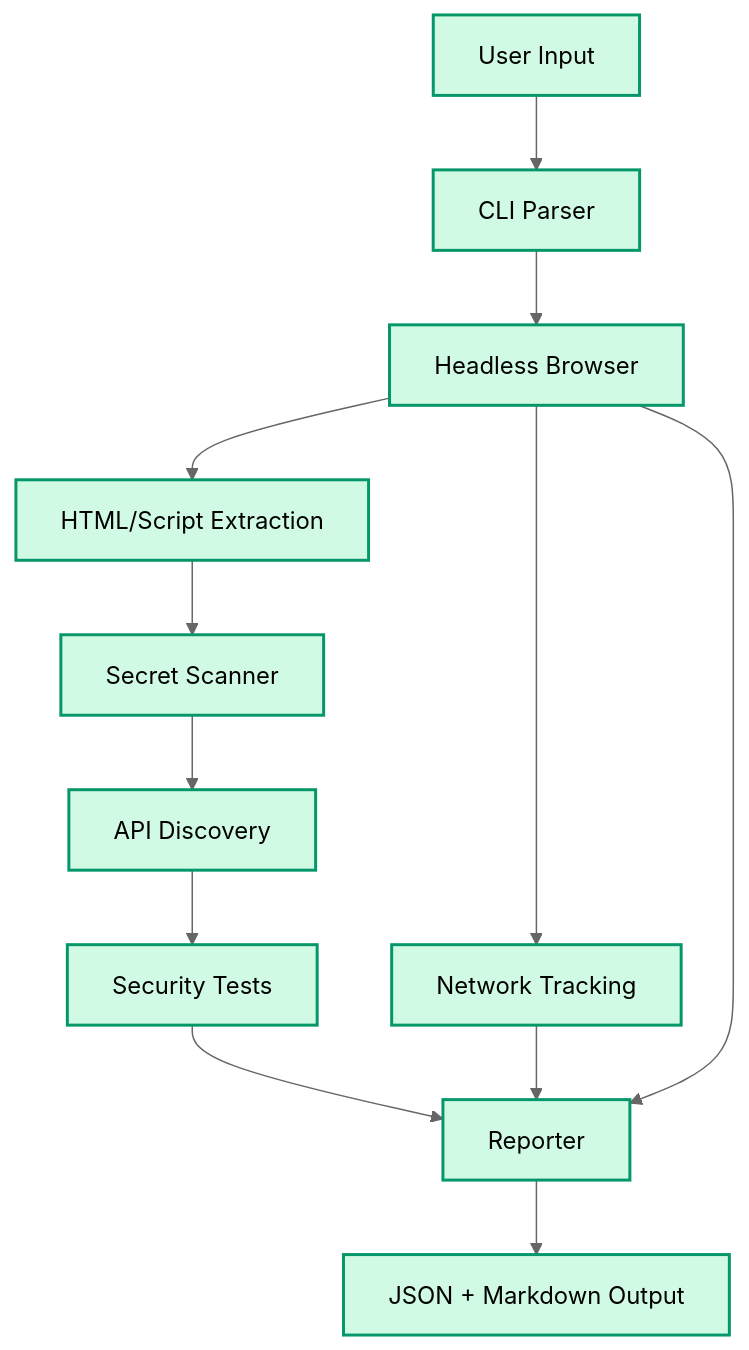
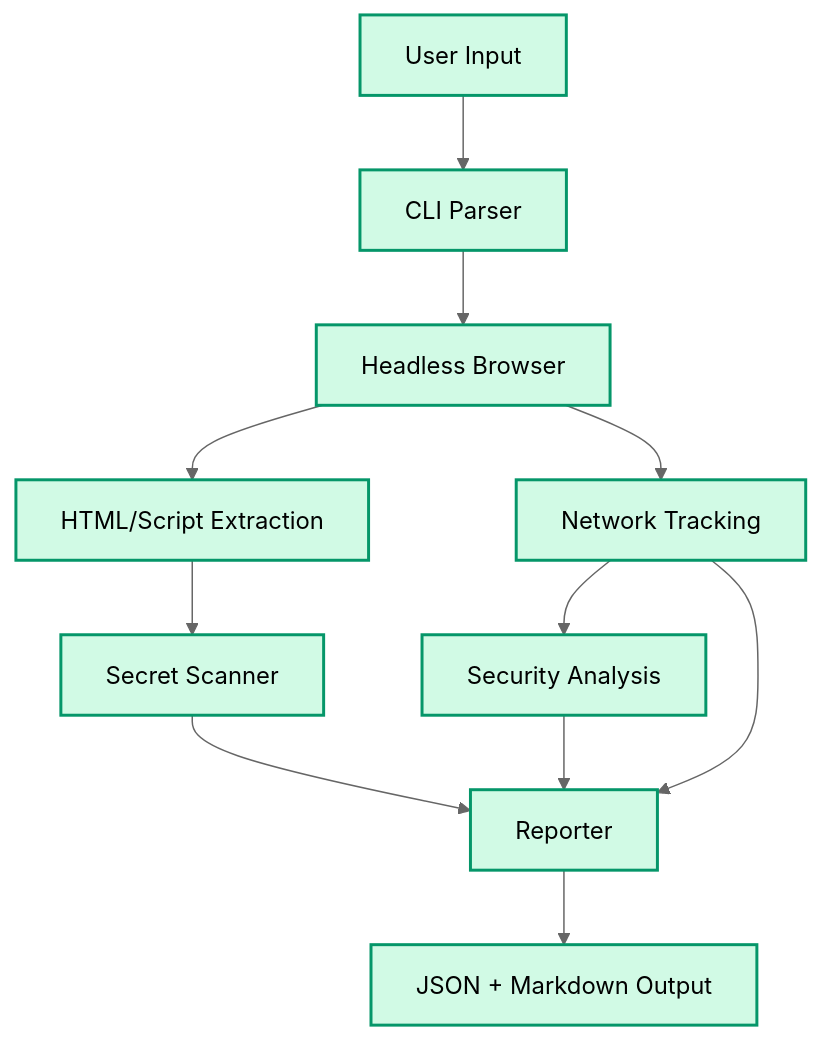
Before and after one commit to ul0gic/corrode: the second of 3 diagrams in README.md, drawn with Mermaid (neutral theme). The commit also changed other lines of this file and 4 other files, not shown here.

Commit message:
feat: enhance security analysis and secret detection, update documentation for clarity

````diff
--- a/README.md
+++ b/README.md
@@ -54,17 +52,16 @@
 ```mermaid
 graph TD
     U[User Input] --> CLI[CLI Parser]
     CLI --> B[Headless Browser]
     B --> N[Network Tracking]
     B --> S[HTML/Script Extraction]
     S --> SC[Secret Scanner]
-    SC --> API[API Discovery]
-    API --> T[Security Tests]
-    T --> R[Reporter]
+    N --> SEC[Security Analysis]
+    SC --> R[Reporter]
+    SEC --> R
     N --> R
-    B --> R
     R --> OUT[JSON + Markdown Output]
 
     classDef green fill:#d1fae5,stroke:#059669,stroke-width:2px,color:#000
-    class U,CLI,B,N,S,SC,API,T,R,OUT green
+    class U,CLI,B,N,S,SC,SEC,R,OUT green
 ```
````
